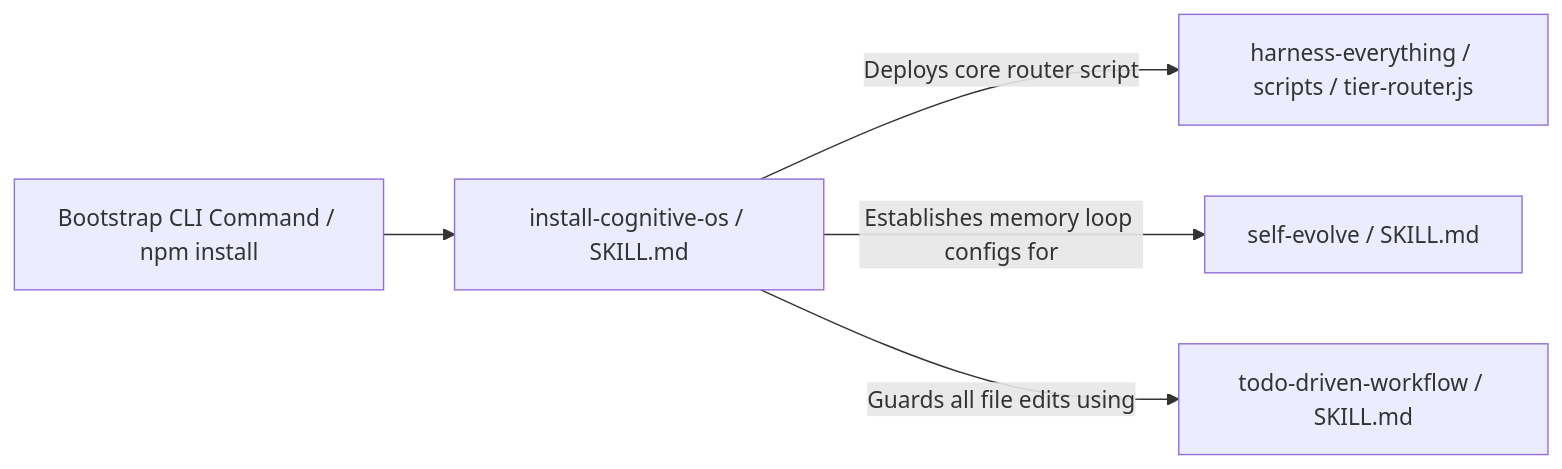
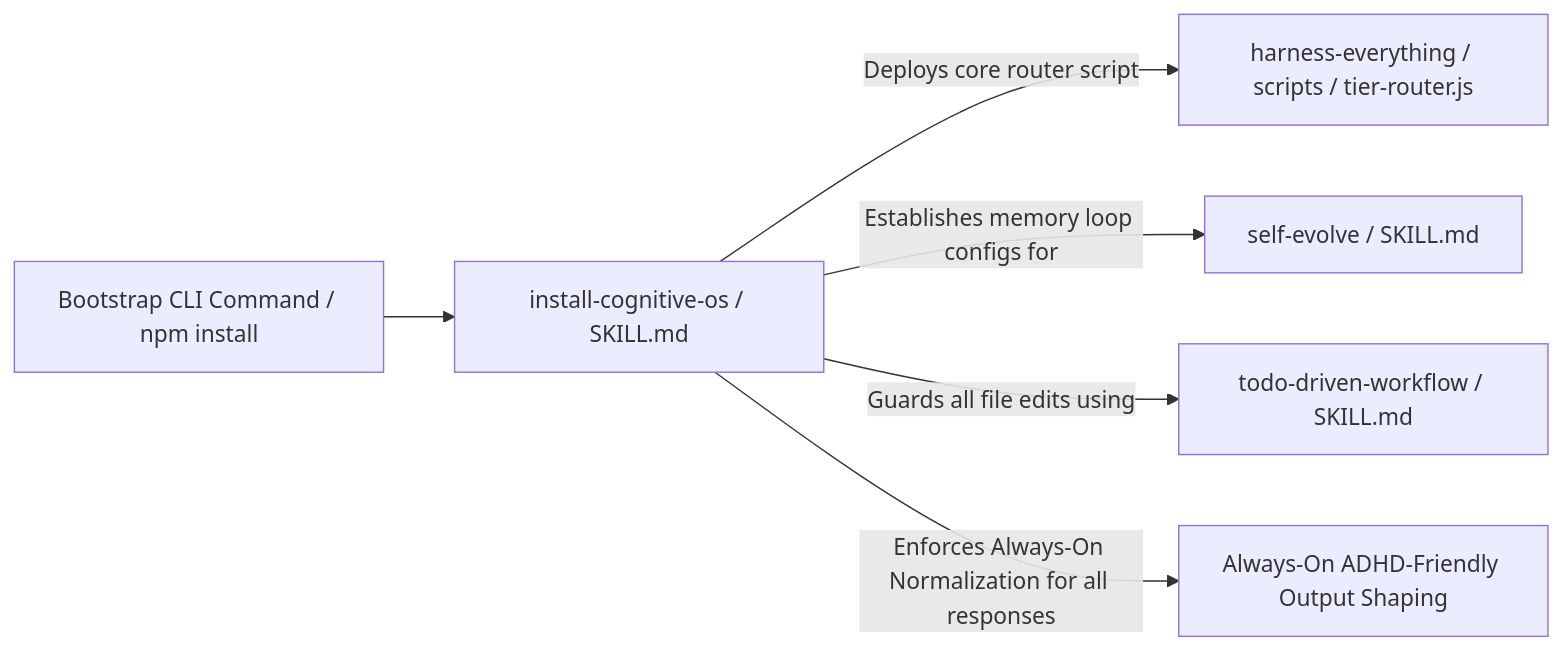
Before and after one commit to dyphn1/Harness-everything: the second of 3 diagrams in docs/workflows/install-cognitive-os.md, drawn with Mermaid. The commit also changed 17 other files, not shown here.

````diff
--- a/docs/workflows/install-cognitive-os.md
+++ b/docs/workflows/install-cognitive-os.md
@@ -27,7 +27,8 @@
 ```mermaid
 graph LR
   BootstrapCmd["Bootstrap CLI Command / npm install"] --> InstallSkill["install-cognitive-os / SKILL.md"]
   InstallSkill -->|Deploys core router script| Router["harness-everything / scripts / tier-router.js"]
   InstallSkill -->|Establishes memory loop configs for| Evolve["self-evolve / SKILL.md"]
   InstallSkill -->|Guards all file edits using| Todo["todo-driven-workflow / SKILL.md"]
+  InstallSkill -->|Enforces Always-On Normalization for all responses| ADHD["Always-On ADHD-Friendly Output Shaping"]
 ```
````
